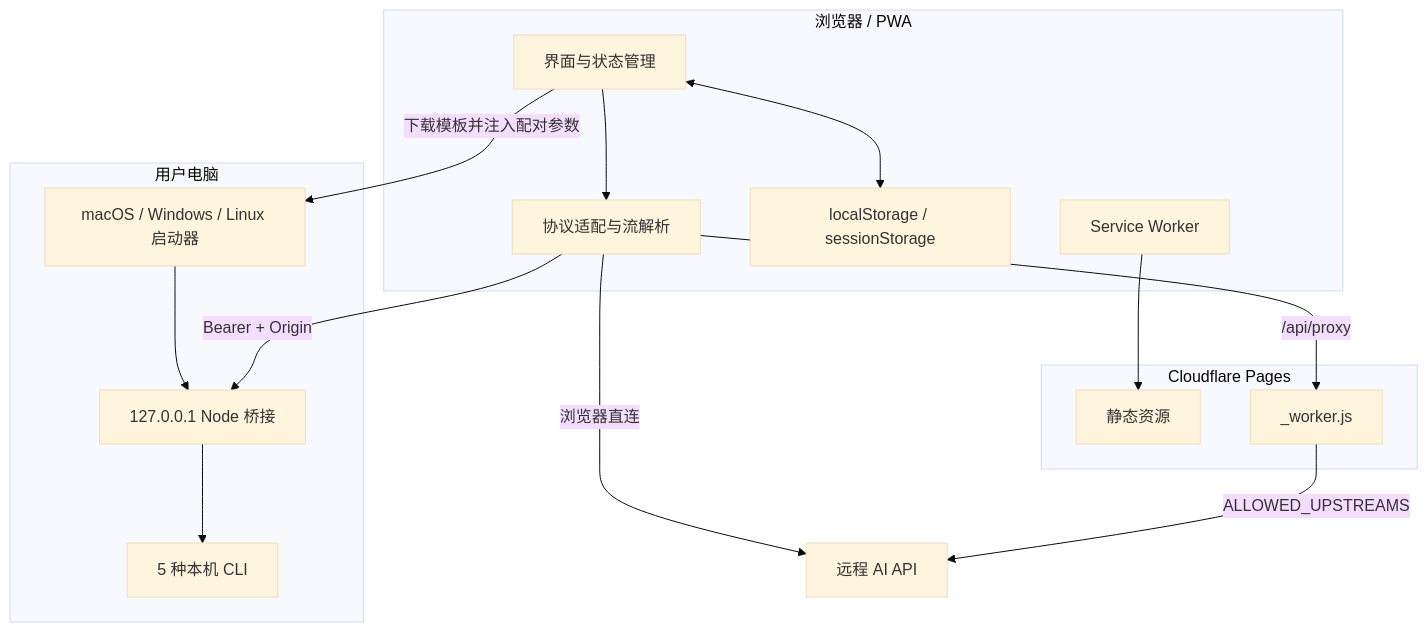
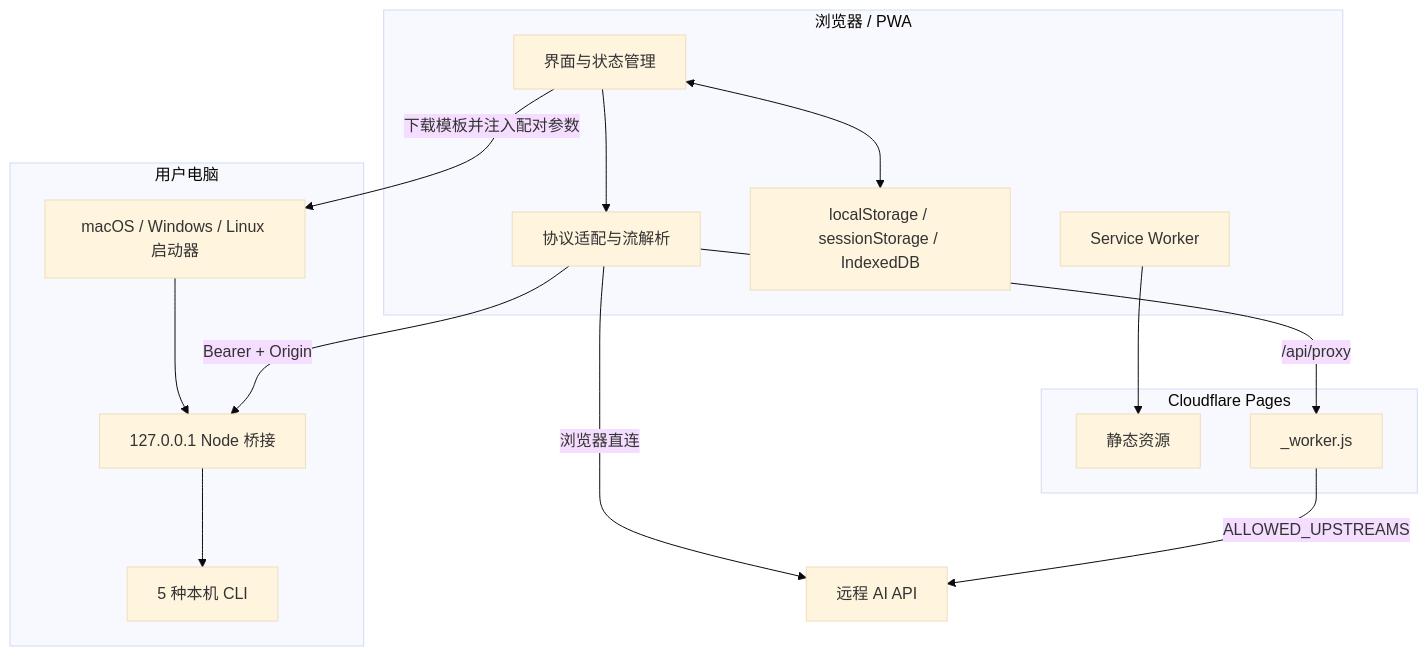
Before and after one commit to ForceMind/AI-Shakedown-Console: the diagram in docs/ARCHITECTURE.md, drawn with Mermaid (base theme). The commit also changed other lines of this file and 20 other files, not shown here.

````diff
--- a/docs/ARCHITECTURE.md
+++ b/docs/ARCHITECTURE.md
@@ -7,33 +7,33 @@
 ```mermaid
 flowchart TB
     subgraph Browser["浏览器 / PWA"]
         UI["界面与状态管理"]
         Protocol["协议适配与流解析"]
-        Storage["localStorage / sessionStorage"]
+        Storage["localStorage / sessionStorage / IndexedDB"]
         SW["Service Worker"]
     end
 
     subgraph Cloud["Cloudflare Pages"]
         Assets["静态资源"]
         Worker["_worker.js"]
     end
 
     subgraph Local["用户电脑"]
         Launcher["macOS / Windows / Linux 启动器"]
         Bridge["127.0.0.1 Node 桥接"]
         CLIs["5 种本机 CLI"]
     end
 
     APIs["远程 AI API"]
 
     UI --> Protocol
     UI <--> Storage
     SW --> Assets
     Protocol -->|"浏览器直连"| APIs
     Protocol -->|"/api/proxy"| Worker
     Worker -->|"ALLOWED_UPSTREAMS"| APIs
     UI -->|"下载模板并注入配对参数"| Launcher
     Launcher --> Bridge
     Protocol -->|"Bearer + Origin"| Bridge
     Bridge --> CLIs
 ```
````
